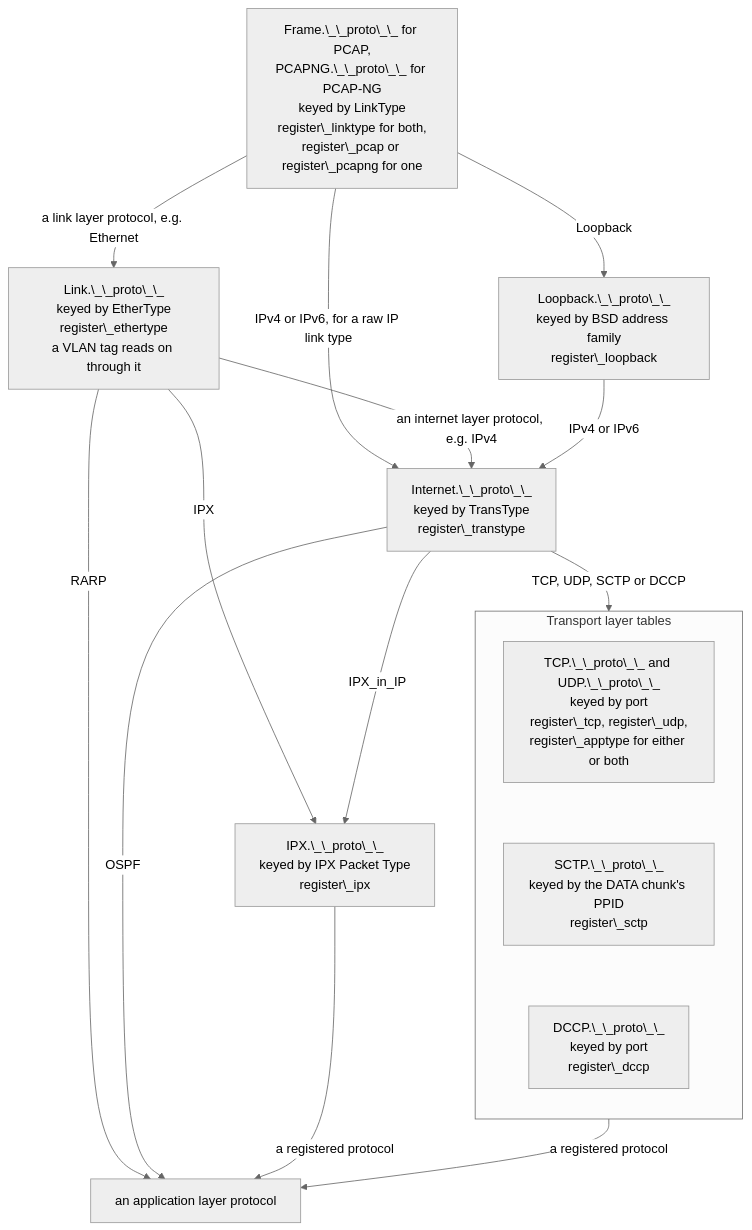
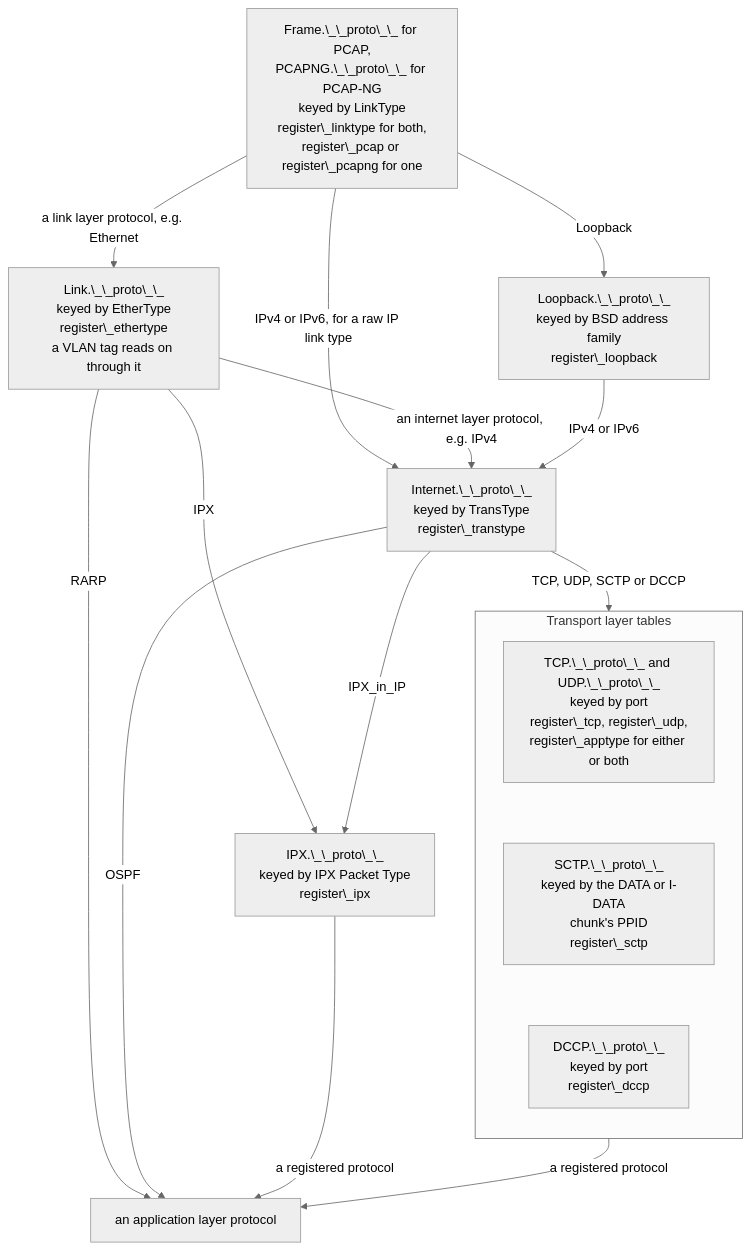
The diagram in docs/source/ext.rst (JarryShaw/PyPCAPKit), drawn with Mermaid (neutral theme) before and after one commit. The commit also changed 17 other files, not shown here.

First line of the commit message:
feat(transport): dissect SCTP's I-DATA, FORWARD-TSN, I-FORWARD-TSN and PAD chunks (#2823)

```diff
--- a/docs/source/ext.rst
+++ b/docs/source/ext.rst
@@ -164,28 +164,28 @@
 .. mermaid::
 
    flowchart TD
        FR["Frame.\_\_proto\_\_ for PCAP,<br/>PCAPNG.\_\_proto\_\_ for PCAP-NG<br/>keyed by LinkType<br/>register\_linktype for both,<br/>register\_pcap or register\_pcapng for one"]
        LK["Link.\_\_proto\_\_<br/>keyed by EtherType<br/>register\_ethertype<br/>a VLAN tag reads on through it"]
        LB["Loopback.\_\_proto\_\_<br/>keyed by BSD address family<br/>register\_loopback"]
        IN["Internet.\_\_proto\_\_<br/>keyed by TransType<br/>register\_transtype"]
        IPX["IPX.\_\_proto\_\_<br/>keyed by IPX Packet Type<br/>register\_ipx"]
        subgraph TR ["Transport layer tables"]
            direction TB
            TU["TCP.\_\_proto\_\_ and UDP.\_\_proto\_\_<br/>keyed by port<br/>register\_tcp, register\_udp,<br/>register\_apptype for either or both"]
-           SC["SCTP.\_\_proto\_\_<br/>keyed by the DATA chunk's PPID<br/>register\_sctp"]
+           SC["SCTP.\_\_proto\_\_<br/>keyed by the DATA or I-DATA<br/>chunk's PPID<br/>register\_sctp"]
            DC["DCCP.\_\_proto\_\_<br/>keyed by port<br/>register\_dccp"]
            TU ~~~ SC ~~~ DC
        end
        APP["an application layer protocol"]
 
        FR -->|"a link layer protocol, e.g. Ethernet"| LK
        FR -->|"Loopback"| LB
        FR -->|"IPv4 or IPv6, for a raw IP link type"| IN
        LK -->|"an internet layer protocol, e.g. IPv4"| IN
        LK -->|"IPX"| IPX
        LK -->|"RARP"| APP
        LB -->|"IPv4 or IPv6"| IN
        IN -->|"TCP, UDP, SCTP or DCCP"| TR
        IN -->|"IPX_in_IP"| IPX
        IN -->|"OSPF"| APP
        TR & IPX -->|"a registered protocol"| APP
```
